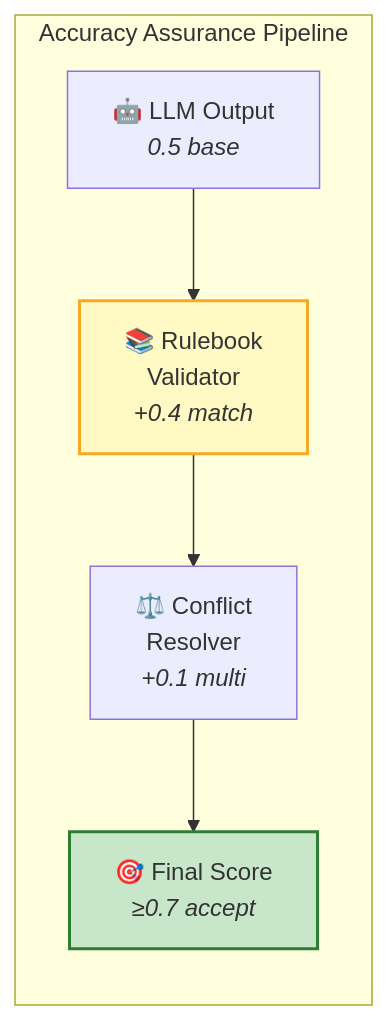
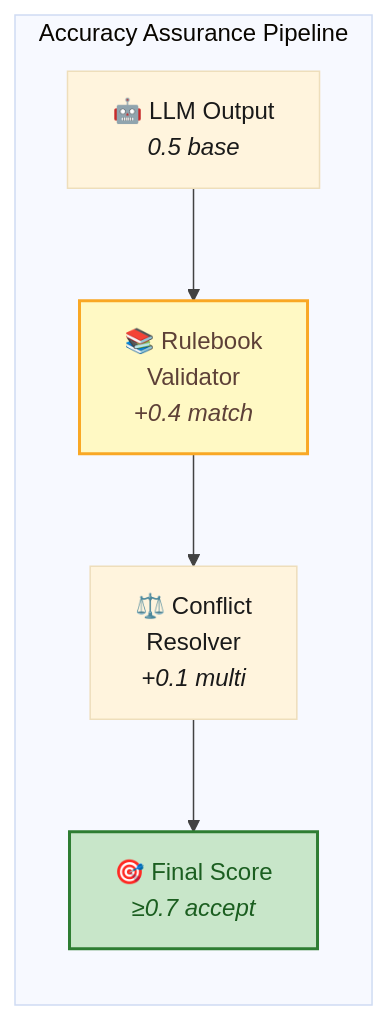
Before and after one commit to Px8Studio/yonja: diagram 14 of 19 in docs/zekalab/03-ARCHITECTURE.md, drawn with Mermaid. The commit also changed other lines of this file and 2 other files, not shown here.

Commit message:
Refine styling in architecture diagrams for improved clarity and consistency

````diff
--- a/docs/zekalab/03-ARCHITECTURE.md
+++ b/docs/zekalab/03-ARCHITECTURE.md
@@ -562,14 +572,15 @@
 ```mermaid
+%%{init: {'theme': 'base', 'themeVariables': { 'primaryTextColor': '#1a1a1a', 'lineColor': '#424242'}}}%%
 flowchart LR
     subgraph pipeline["Accuracy Assurance Pipeline"]
         llm["🤖 LLM Output<br/><i>0.5 base</i>"]
         validate["📚 Rulebook<br/>Validator<br/><i>+0.4 match</i>"]
         resolve["⚖️ Conflict<br/>Resolver<br/><i>+0.1 multi</i>"]
         score["🎯 Final Score<br/><i>≥0.7 accept</i>"]
         
         llm --> validate --> resolve --> score
     end
     
-    style validate fill:#fff9c4,stroke:#f9a825,stroke-width:2px
-    style score fill:#c8e6c9,stroke:#2e7d32,stroke-width:2px
+    style validate fill:#fff9c4,stroke:#f9a825,stroke-width:2px,color:#5d4037
+    style score fill:#c8e6c9,stroke:#2e7d32,stroke-width:2px,color:#1b5e20
 ```
````
